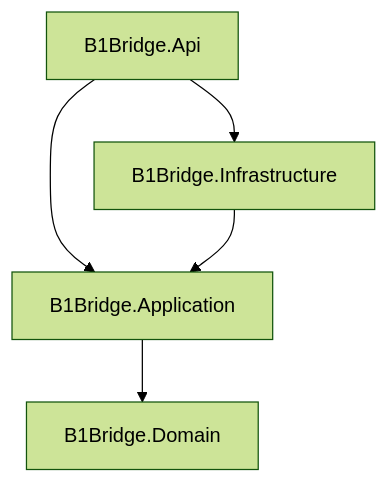
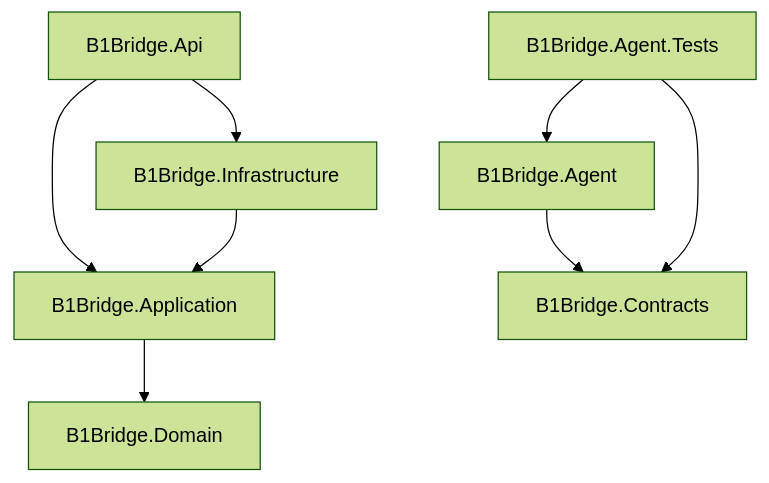
One commit to Kauec16/B1Bridge changed the diagram in docs/architecture.md. Above: the diagram before and after it, drawn with Mermaid (forest theme). The commit also changed other lines of this file and 20 other files, not shown here.

````diff
--- a/docs/architecture.md
+++ b/docs/architecture.md
@@ -28,7 +36,10 @@
 ```mermaid
 flowchart TD
     Api["B1Bridge.Api"] --> Application["B1Bridge.Application"]
     Api --> Infrastructure["B1Bridge.Infrastructure"]
     Infrastructure --> Application
     Application --> Domain["B1Bridge.Domain"]
+    Agent["B1Bridge.Agent"] --> Contracts["B1Bridge.Contracts"]
+    AgentTests["B1Bridge.Agent.Tests"] --> Agent
+    AgentTests --> Contracts
 ```
````
